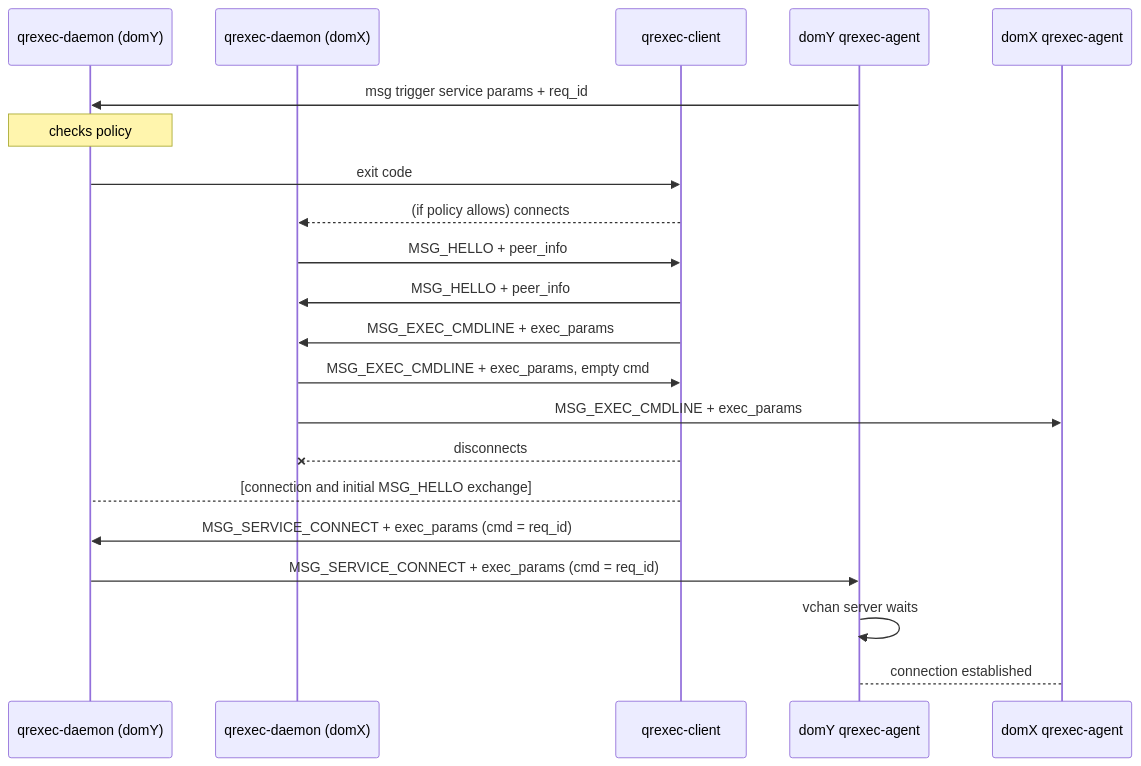
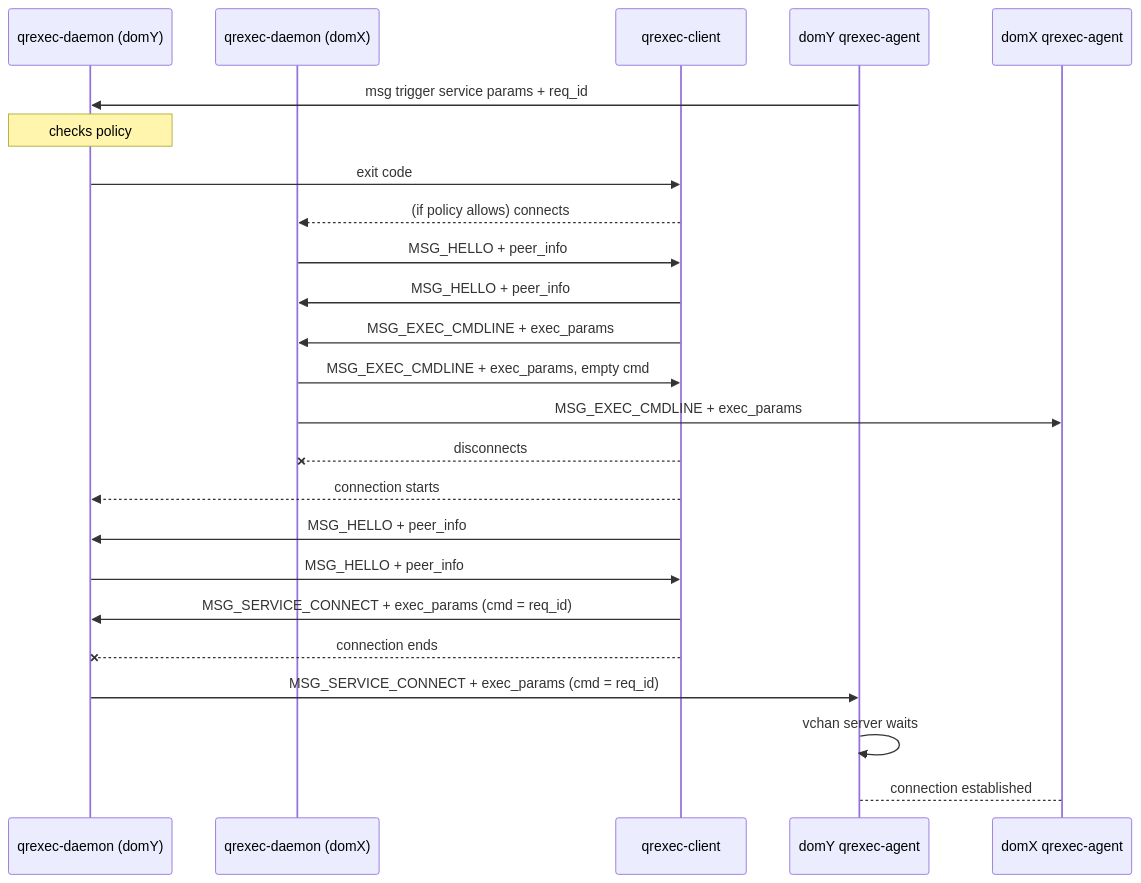
Before and after one commit to QubesOS/qubes-attachment: the diagram in wiki/qrexec3/qrexec-internals-domY.mmd, drawn with Mermaid.

Commit message:
Add HELLO messages to domY RPC diagram

```diff
--- a/wiki/qrexec3/qrexec-internals-domY.mmd
+++ b/wiki/qrexec3/qrexec-internals-domY.mmd
@@ -1,23 +1,26 @@
 sequenceDiagram
 participant yd as qrexec-daemon (domY)
 participant xd as qrexec-daemon (domX)
 participant 0c as qrexec-client
 participant ya as domY qrexec-agent
 participant xa as domX qrexec-agent
 # qrexec-client-vm invoked, qrexec-agent generates req_id
 ya ->> yd: msg trigger service params + req_id
 Note over yd: checks policy
 yd ->> 0c: exit code
 0c -->> xd: (if policy allows) connects
 xd ->> 0c: MSG_HELLO + peer_info
 0c ->> xd: MSG_HELLO + peer_info
 0c ->> xd: MSG_EXEC_CMDLINE + exec_params
 xd ->> 0c: MSG_EXEC_CMDLINE + exec_params, empty cmd
 xd ->> xa: MSG_EXEC_CMDLINE + exec_params
 0c --x xd: disconnects
-0c --> yd: [connection and initial MSG_HELLO exchange]
+0c -->> yd: connection starts
+0c ->> yd: MSG_HELLO + peer_info
+yd ->> 0c: MSG_HELLO + peer_info
 0c ->> yd: MSG_SERVICE_CONNECT + exec_params (cmd = req_id)
+0c --x yd: connection ends
 yd ->> ya: MSG_SERVICE_CONNECT + exec_params (cmd = req_id)
 ya ->> ya: vchan server waits
 xa --> ya: connection established
 # qrexec-agent now plays role of qrexec-client in dom0-based example (see above)
```
